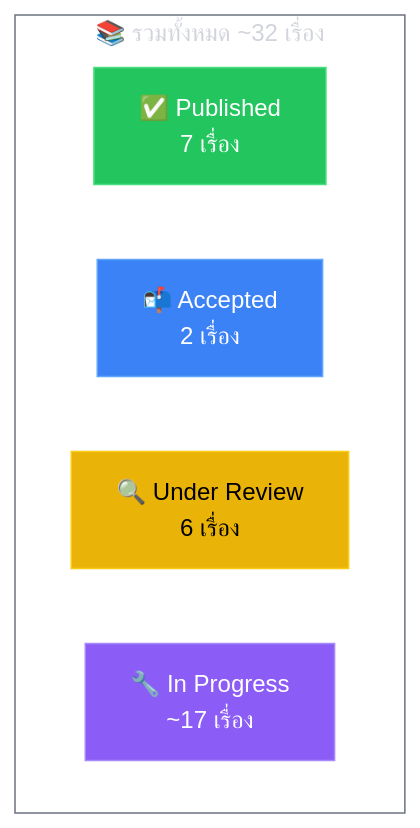
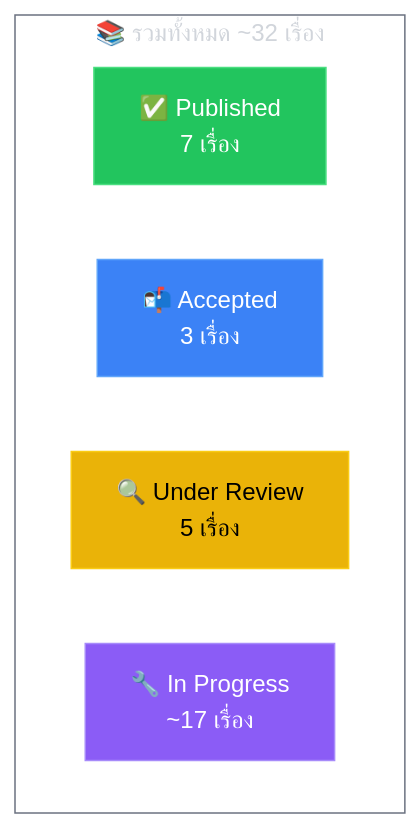
One commit to nutthakorn7/kmutnb-fte-portfolio changed the first of 5 diagrams in research-plan/research_plan_2026_2029.md. Above: the diagram before and after it, drawn with Mermaid.

Commit message:
📊 Update research plan: Accepted 2→3, Under Review 6→5 (IJECE accepted)

````diff
--- a/research-plan/research_plan_2026_2029.md
+++ b/research-plan/research_plan_2026_2029.md
@@ -100,16 +100,16 @@
 ```mermaid
 graph LR
     subgraph total["📚 รวมทั้งหมด ~32 เรื่อง"]
         direction LR
         A["✅ Published<br/>7 เรื่อง"]
-        B["📬 Accepted<br/>2 เรื่อง"]
-        C["🔍 Under Review<br/>6 เรื่อง"]
+        B["📬 Accepted<br/>3 เรื่อง"]
+        C["🔍 Under Review<br/>5 เรื่อง"]
         D["🔧 In Progress<br/>~17 เรื่อง"]
     end
 
     style A fill:#22c55e,stroke:#4ade80,color:#fff
     style B fill:#3b82f6,stroke:#60a5fa,color:#fff
     style C fill:#eab308,stroke:#facc15,color:#000
     style D fill:#8b5cf6,stroke:#a78bfa,color:#fff
     style total fill:transparent,stroke:#6b7280,color:#d1d5db
 ```
````
